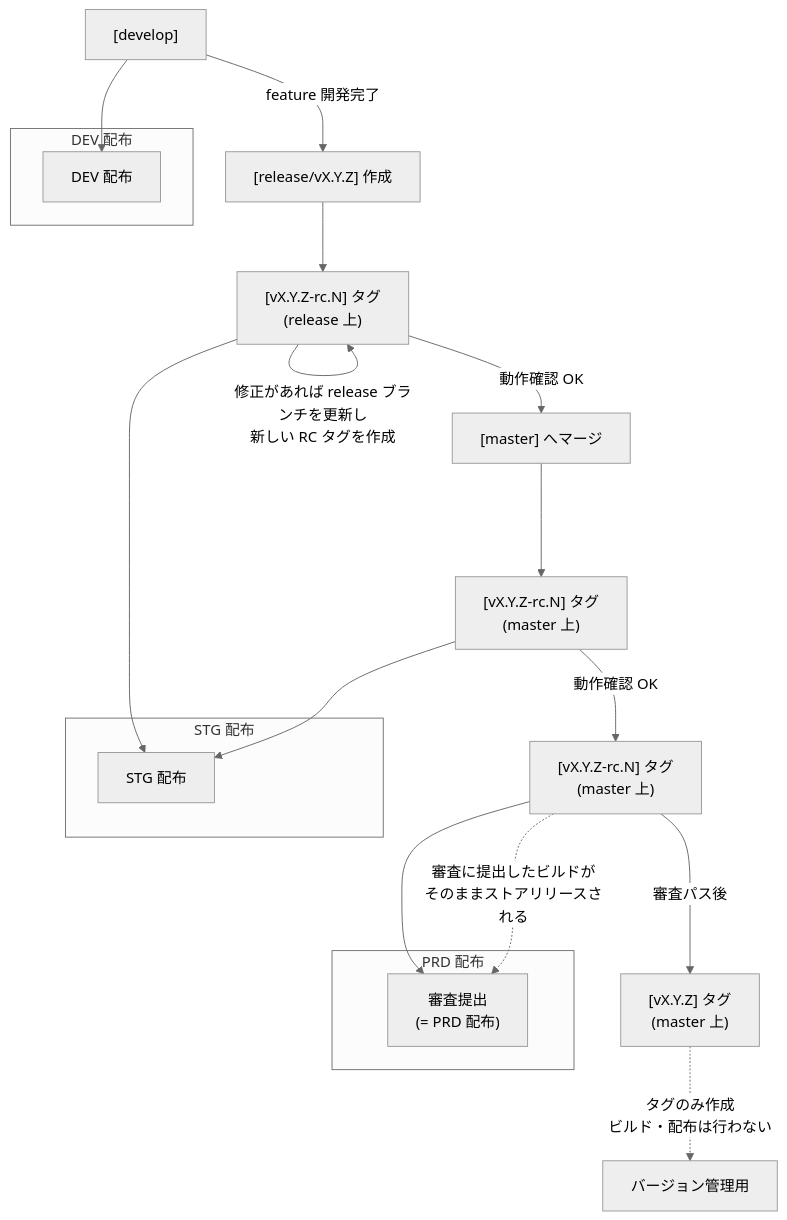
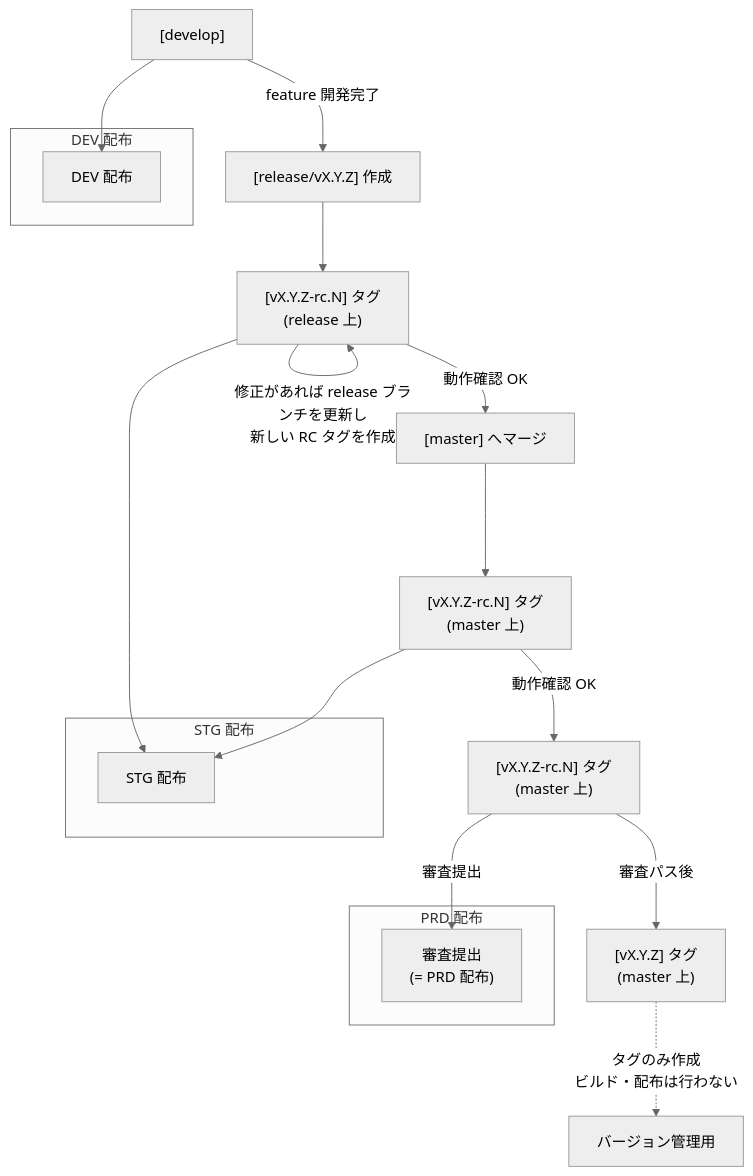
One commit to raysihto-d250311a/ops-guides-ja changed the second of 2 diagrams in docs/deployment-strategy.md. Above: the diagram before and after it, drawn with Mermaid (neutral theme).

Commit message:
docs: simplify mobile app deployment flow diagram

````diff
--- a/docs/deployment-strategy.md
+++ b/docs/deployment-strategy.md
@@ -186,28 +186,27 @@
 ```mermaid
 flowchart TB
     subgraph DEV["DEV 配布"]
         DEV_DIST["DEV 配布"]
     end
 
     subgraph STG["STG 配布"]
         STG_DIST["STG 配布"]
     end
 
     subgraph PRD["PRD 配布"]
         REVIEW["審査提出\n(= PRD 配布)"]
     end
 
     develop["[develop]"] --> DEV_DIST
     develop -->|feature 開発完了| release["[release/vX.Y.Z] 作成"]
     release --> rc_release["[vX.Y.Z-rc.N] タグ\n(release 上)"]
     rc_release --> STG_DIST
     rc_release -->|修正があれば release ブランチを更新し\n新しい RC タグを作成| rc_release
     rc_release -->|動作確認 OK| merge_master["[master] へマージ"]
     merge_master --> rc_master["[vX.Y.Z-rc.N] タグ\n(master 上)"]
     rc_master --> STG_DIST
     rc_master -->|動作確認 OK| review_submit["[vX.Y.Z-rc.N] タグ\n(master 上)"]
-    review_submit --> REVIEW
-    review_submit -.->|審査に提出したビルドが\nそのままストアリリースされる| REVIEW
+    review_submit -->|審査提出| REVIEW
     review_submit -->|審査パス後| tag_release["[vX.Y.Z] タグ\n(master 上)"]
     tag_release -.->|タグのみ作成\nビルド・配布は行わない| tag_only["バージョン管理用"]
 ```
````
